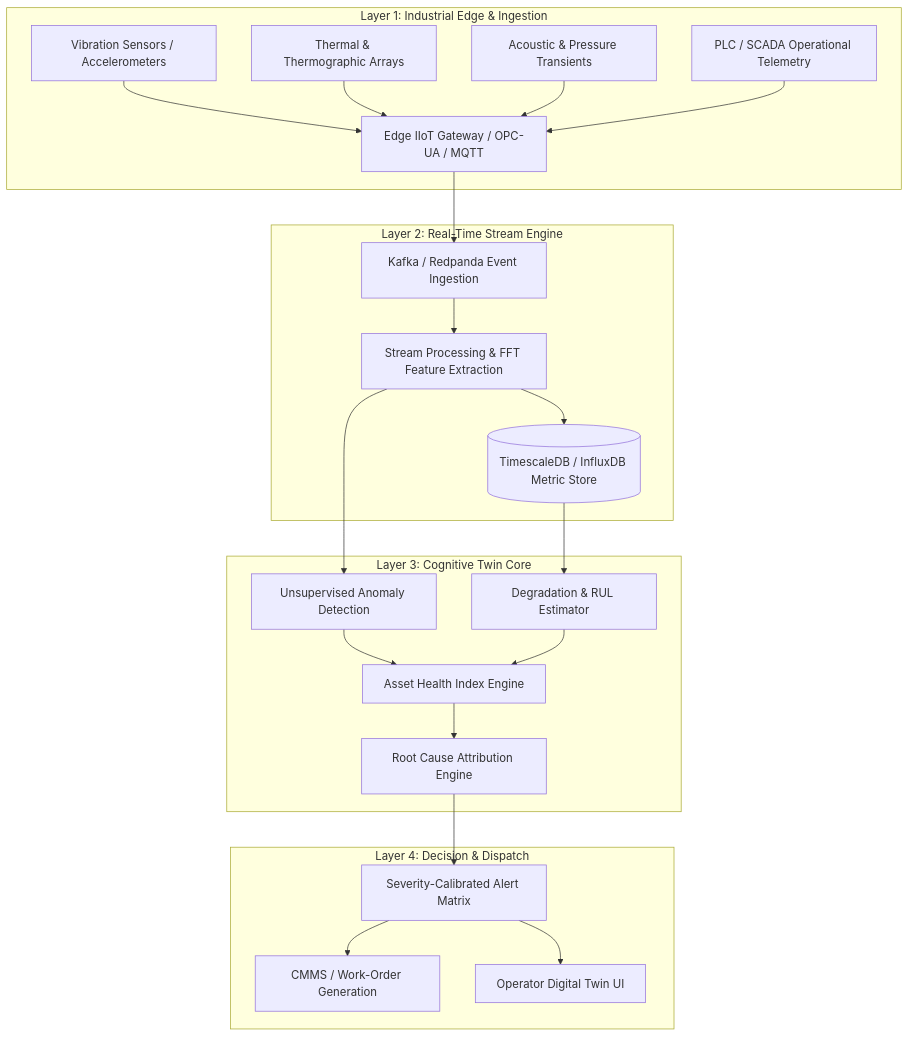
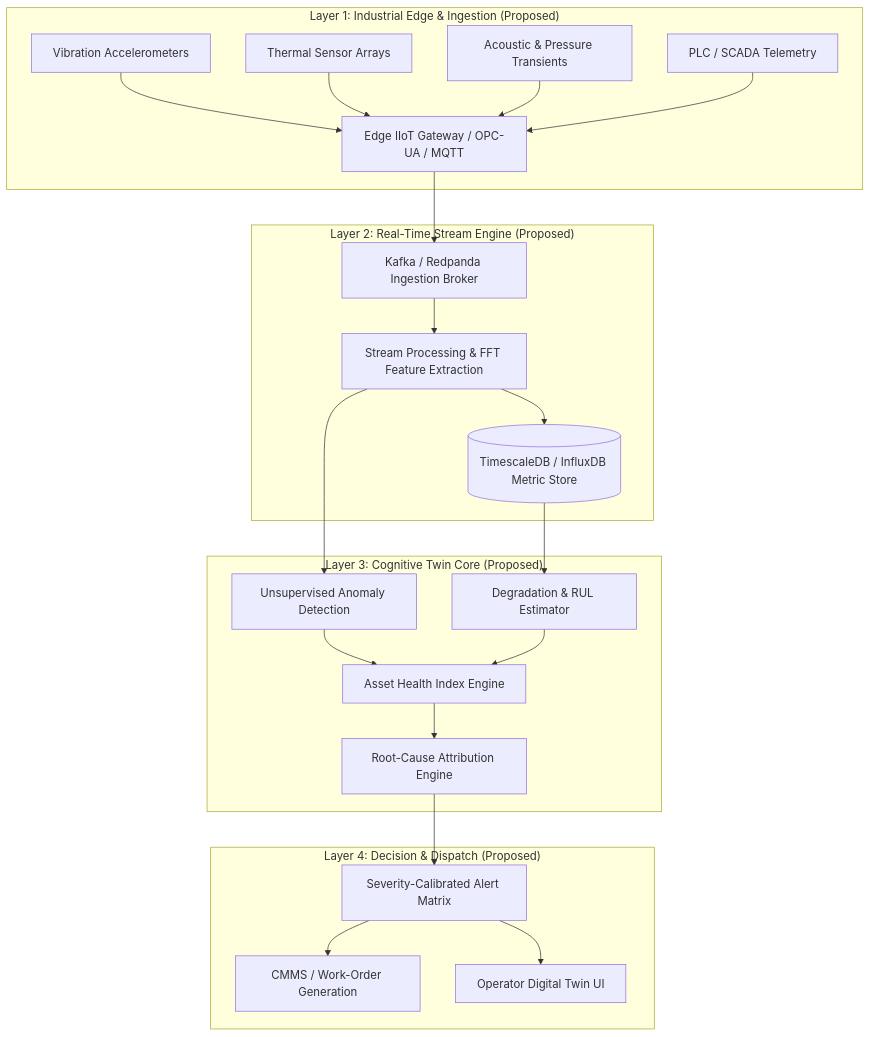
One commit to Mohamed-Osama-ai7/FactoryMind-CDT changed the diagram in README.md. Above: the diagram before and after it, drawn with Mermaid. The commit also changed other lines of this file, not shown here.

Commit message:
docs: align README with verified repository structure and architectural status

````diff
--- a/README.md
+++ b/README.md
@@ -37,29 +43,29 @@
 ```mermaid
 flowchart TD
-    subgraph Edge ["Layer 1: Industrial Edge & Ingestion"]
-        S1[Vibration Sensors / Accelerometers] --> Gateway[Edge IIoT Gateway / OPC-UA / MQTT]
-        S2[Thermal & Thermographic Arrays] --> Gateway
+    subgraph Layer1 ["Layer 1: Industrial Edge & Ingestion (Proposed)"]
+        S1[Vibration Accelerometers] --> Gateway[Edge IIoT Gateway / OPC-UA / MQTT]
+        S2[Thermal Sensor Arrays] --> Gateway
         S3[Acoustic & Pressure Transients] --> Gateway
-        S4[PLC / SCADA Operational Telemetry] --> Gateway
+        S4[PLC / SCADA Telemetry] --> Gateway
     end
 
-    subgraph Streaming ["Layer 2: Real-Time Stream Engine"]
-        Gateway --> Broker[Kafka / Redpanda Event Ingestion]
+    subgraph Layer2 ["Layer 2: Real-Time Stream Engine (Proposed)"]
+        Gateway --> Broker[Kafka / Redpanda Ingestion Broker]
         Broker --> DSP[Stream Processing & FFT Feature Extraction]
         DSP --> Storage[(TimescaleDB / InfluxDB Metric Store)]
     end
 
-    subgraph Intelligence ["Layer 3: Cognitive Twin Core"]
+    subgraph Layer3 ["Layer 3: Cognitive Twin Core (Proposed)"]
         DSP --> Anomaly[Unsupervised Anomaly Detection]
         Storage --> RUL[Degradation & RUL Estimator]
         Anomaly --> Health[Asset Health Index Engine]
         RUL --> Health
-        Health --> RCA[Root Cause Attribution Engine]
+        Health --> RCA[Root-Cause Attribution Engine]
     end
 
-    subgraph Operations ["Layer 4: Decision & Dispatch"]
+    subgraph Layer4 ["Layer 4: Decision & Dispatch (Proposed)"]
         RCA --> Alerting[Severity-Calibrated Alert Matrix]
         Alerting --> Dispatch[CMMS / Work-Order Generation]
         Alerting --> Dashboard[Operator Digital Twin UI]
     end
 ```
````
